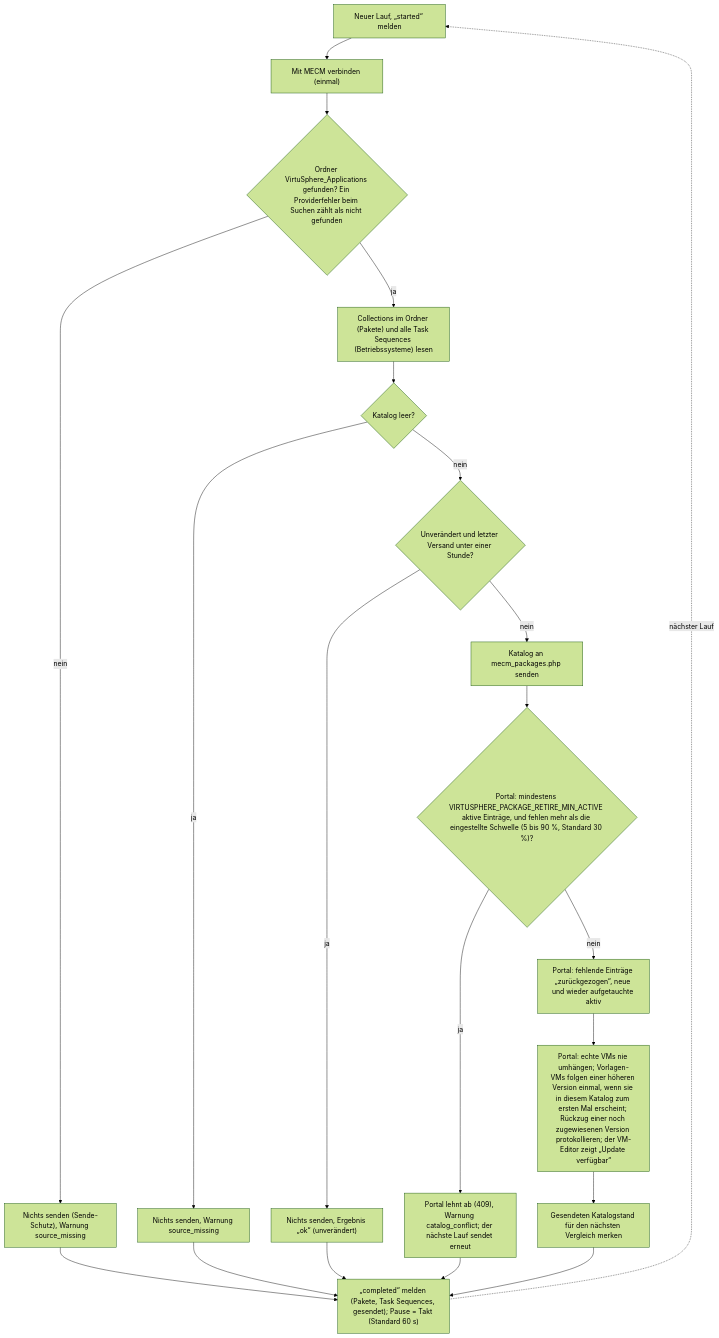
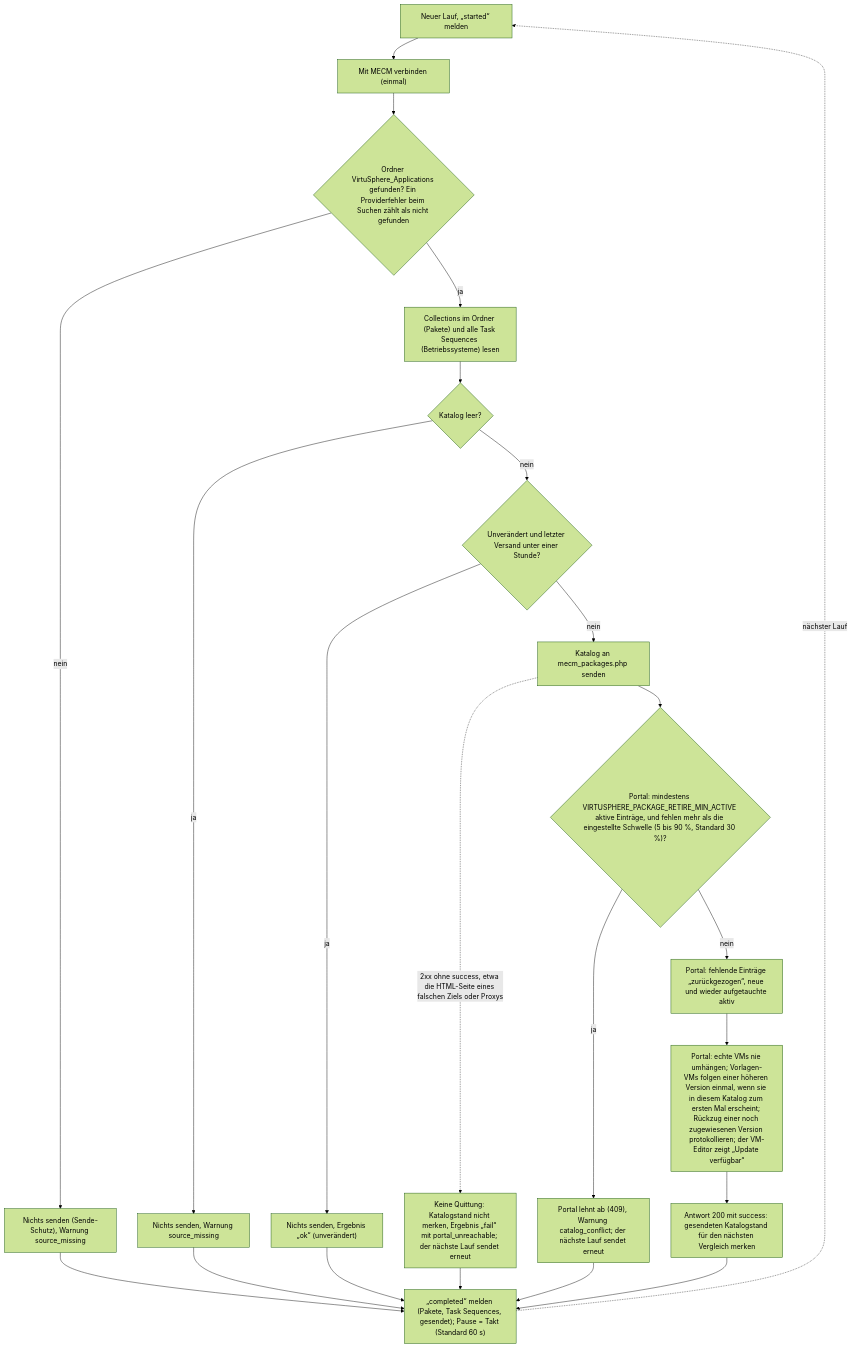
The third of 5 diagrams in docs/operations/mecm-scheduled-tasks.md (Samy94M/VirtuSphere-v2-WebApp), drawn with Mermaid (forest theme) before and after one commit. The commit also changed other lines of this file and 5 other files, not shown here.

````diff
--- a/docs/operations/mecm-scheduled-tasks.md
+++ b/docs/operations/mecm-scheduled-tasks.md
@@ -85,19 +85,20 @@
 ```mermaid
 flowchart TD
   S["Neuer Lauf, „started“ melden"] --> M["Mit MECM verbinden (einmal)"]
   M --> F{"Ordner VirtuSphere_Applications gefunden? Ein Providerfehler beim Suchen zählt als nicht gefunden"}
   F -->|nein| F1["Nichts senden (Sende-Schutz), Warnung source_missing"] --> R
   F -->|ja| K["Collections im Ordner (Pakete) und alle Task Sequences (Betriebssysteme) lesen"]
   K --> E{"Katalog leer?"}
   E -->|ja| E1["Nichts senden, Warnung source_missing"] --> R
   E -->|nein| U{"Unverändert und letzter Versand unter einer Stunde?"}
   U -->|ja| U1["Nichts senden, Ergebnis „ok“ (unverändert)"] --> R
   U -->|nein| P["Katalog an mecm_packages.php senden"]
+  P -.->|2xx ohne success, etwa die HTML-Seite eines falschen Ziels oder Proxys| P1["Keine Quittung: Katalogstand nicht merken, Ergebnis „fail“ mit portal_unreachable; der nächste Lauf sendet erneut"] --> R
   P --> T{"Portal: mindestens VIRTUSPHERE_PACKAGE_RETIRE_MIN_ACTIVE aktive Einträge, und fehlen mehr als die eingestellte Schwelle (5 bis 90 %, Standard 30 %)?"}
   T -->|ja| T1["Portal lehnt ab (409), Warnung catalog_conflict; der nächste Lauf sendet erneut"] --> R
   T -->|nein| RT["Portal: fehlende Einträge „zurückgezogen“, neue und wieder aufgetauchte aktiv"]
   RT --> RL["Portal: echte VMs nie umhängen; Vorlagen-VMs folgen einer höheren Version einmal, wenn sie in diesem Katalog zum ersten Mal erscheint; Rückzug einer noch zugewiesenen Version protokollieren; der VM-Editor zeigt „Update verfügbar“"]
-  RL --> H["Gesendeten Katalogstand für den nächsten Vergleich merken"]
+  RL --> H["Antwort 200 mit success: gesendeten Katalogstand für den nächsten Vergleich merken"]
   H --> R["„completed“ melden (Pakete, Task Sequences, gesendet); Pause = Takt (Standard 60 s)"]
   R -.->|nächster Lauf| S
 ```
````
